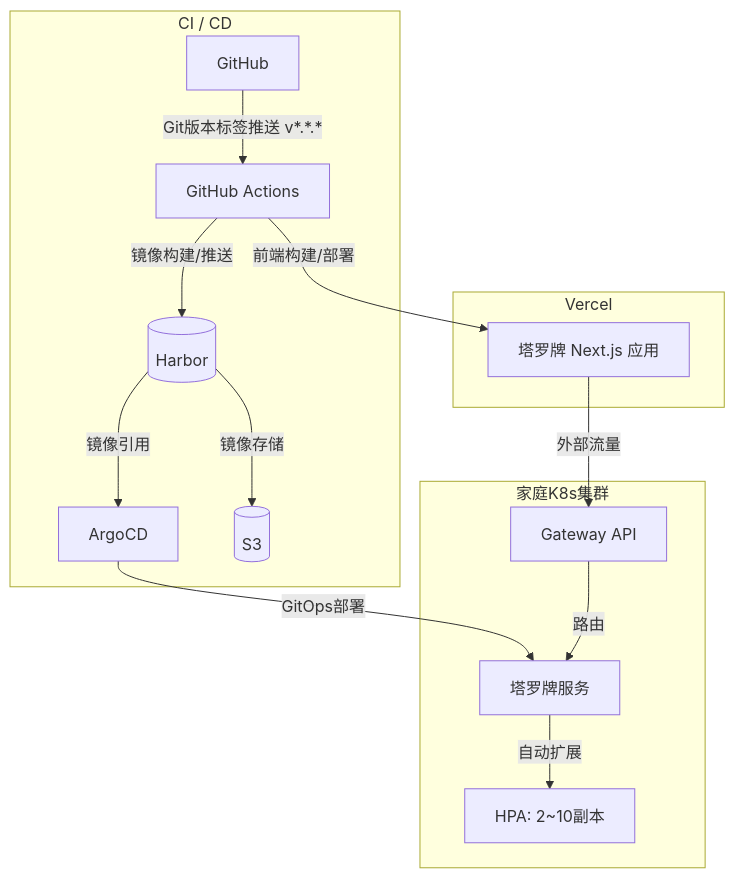
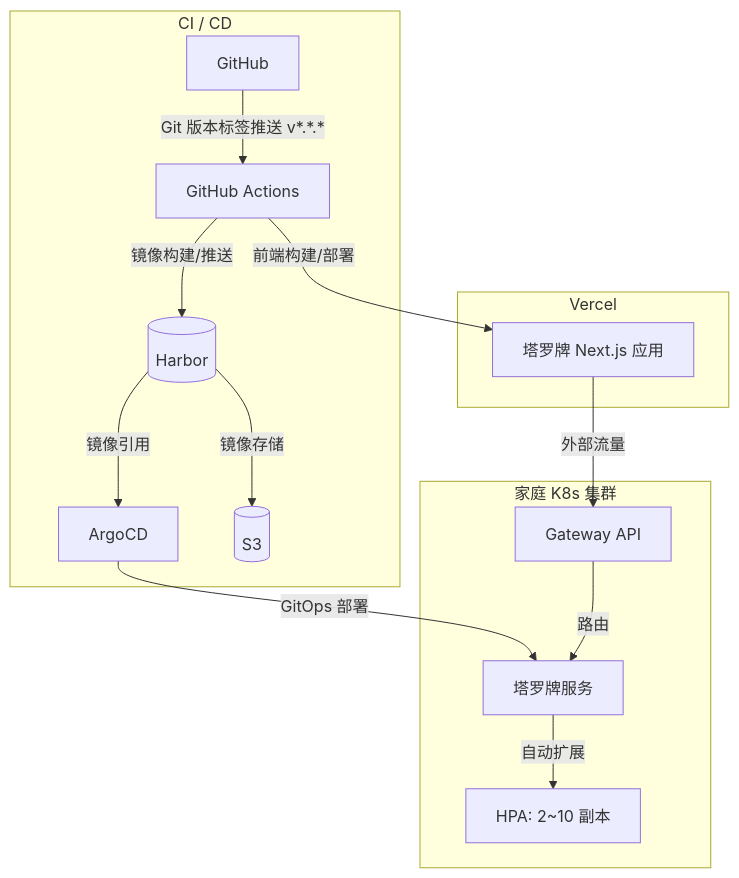
The third of 3 diagrams in src/content/blog/tarot-deep-dive/zh.md (mandacode-labs/mandacode-devs), drawn with Mermaid before and after one commit. The commit also changed other lines of this file and 28 other files, not shown here.

````diff
--- a/src/content/blog/tarot-deep-dive/zh.md
+++ b/src/content/blog/tarot-deep-dive/zh.md
@@ -98,36 +90,35 @@
 ```mermaid
 flowchart TD
     subgraph Front["Vercel"]
         Vercel[塔罗牌 Next.js 应用]
     end
 
     subgraph CICD["CI / CD"]
         GH[GitHub]
         Actions[GitHub Actions]
         Harbor[(Harbor)]
         ArgoCD[ArgoCD]
         S3[(S3)]
     end
 
-    subgraph K8s["家庭K8s集群"]
+    subgraph K8s["家庭 K8s 集群"]
         GW[Gateway API]
         Service[塔罗牌服务]
-        HPA[HPA: 2~10副本]
+        HPA[HPA: 2~10 副本]
     end
 
-    %% 部署管道流程
-    GH -->|Git版本标签推送 v*.*.*| Actions
+    %% 部署流水线流程
+    GH -->|Git 版本标签推送 v*.*.*| Actions
     Actions -->|镜像构建/推送| Harbor
     Harbor -->|镜像存储| S3
     Harbor -->|镜像引用| ArgoCD
-    ArgoCD -->|GitOps部署| Service
+    ArgoCD -->|GitOps 部署| Service
 
-    %% 前端管道流程
+    %% 前端流水线流程
     Actions -->|前端构建/部署| Vercel
 
     %% 流量流程
     Vercel --> |外部流量| GW
     GW -->|路由| Service
     Service -->|自动扩展| HPA
-
 ```
````
